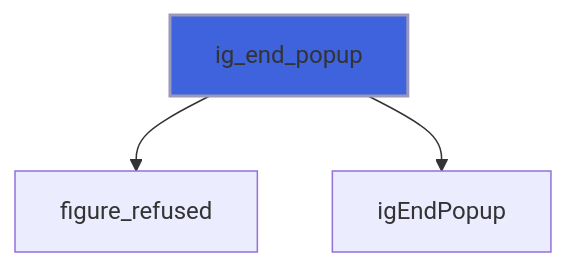
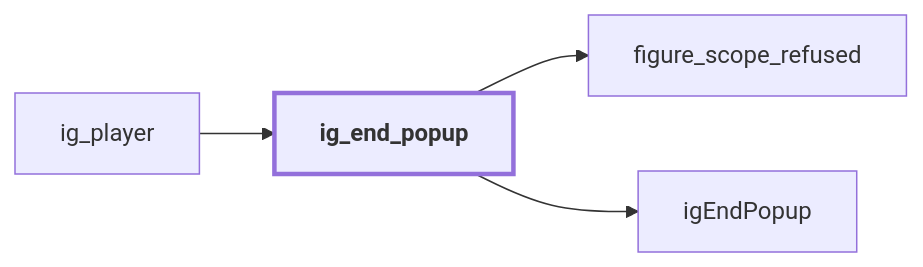
The seventh of 16 diagrams in docs/api/src/lib/figure_menu.md (szaghi/figure), drawn with Mermaid before and after one commit. The commit also changed other lines of this file and 54 other files, not shown here.

````diff
--- a/docs/api/src/lib/figure_menu.md
+++ b/docs/api/src/lib/figure_menu.md
@@ -147,6 +213,11 @@
 ```mermaid
-flowchart TD
-  ig_end_popup["ig_end_popup"] --> figure_refused["figure_refused"]
+flowchart LR
+  ig_player["ig_player"] --> ig_end_popup["ig_end_popup"]
+  ig_end_popup["ig_end_popup"] --> figure_scope_refused["figure_scope_refused"]
   ig_end_popup["ig_end_popup"] --> igEndPopup["igEndPopup"]
-  style ig_end_popup fill:#3e63dd,stroke:#99b,stroke-width:2px
+  classDef focus stroke-width:3px,font-weight:bold
+  class ig_end_popup focus
+  click ig_player href "figure_player.html#ig-player" "ig_player"
+  click figure_scope_refused href "figure_base.html#figure-scope-refused" "figure_scope_refused"
+  click igEndPopup href "figure_cimgui.html#igendpopup" "igEndPopup"
 ```
````
